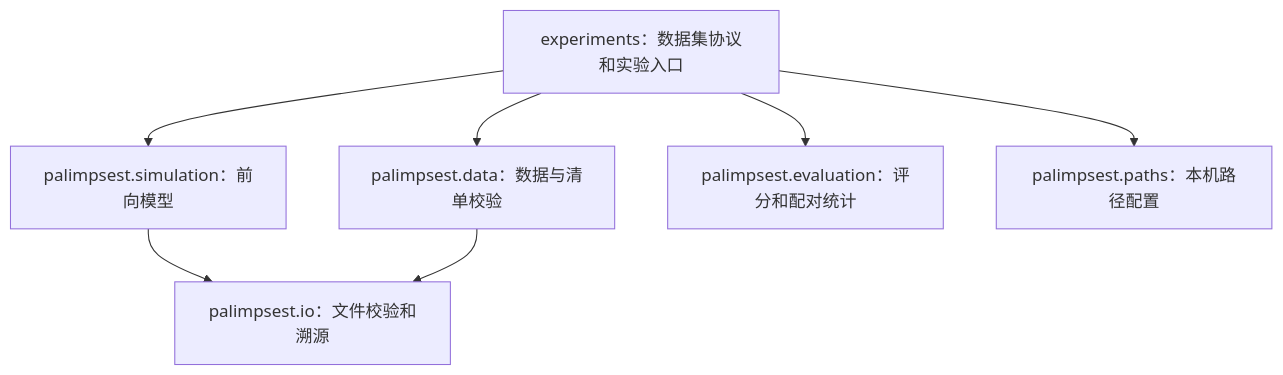
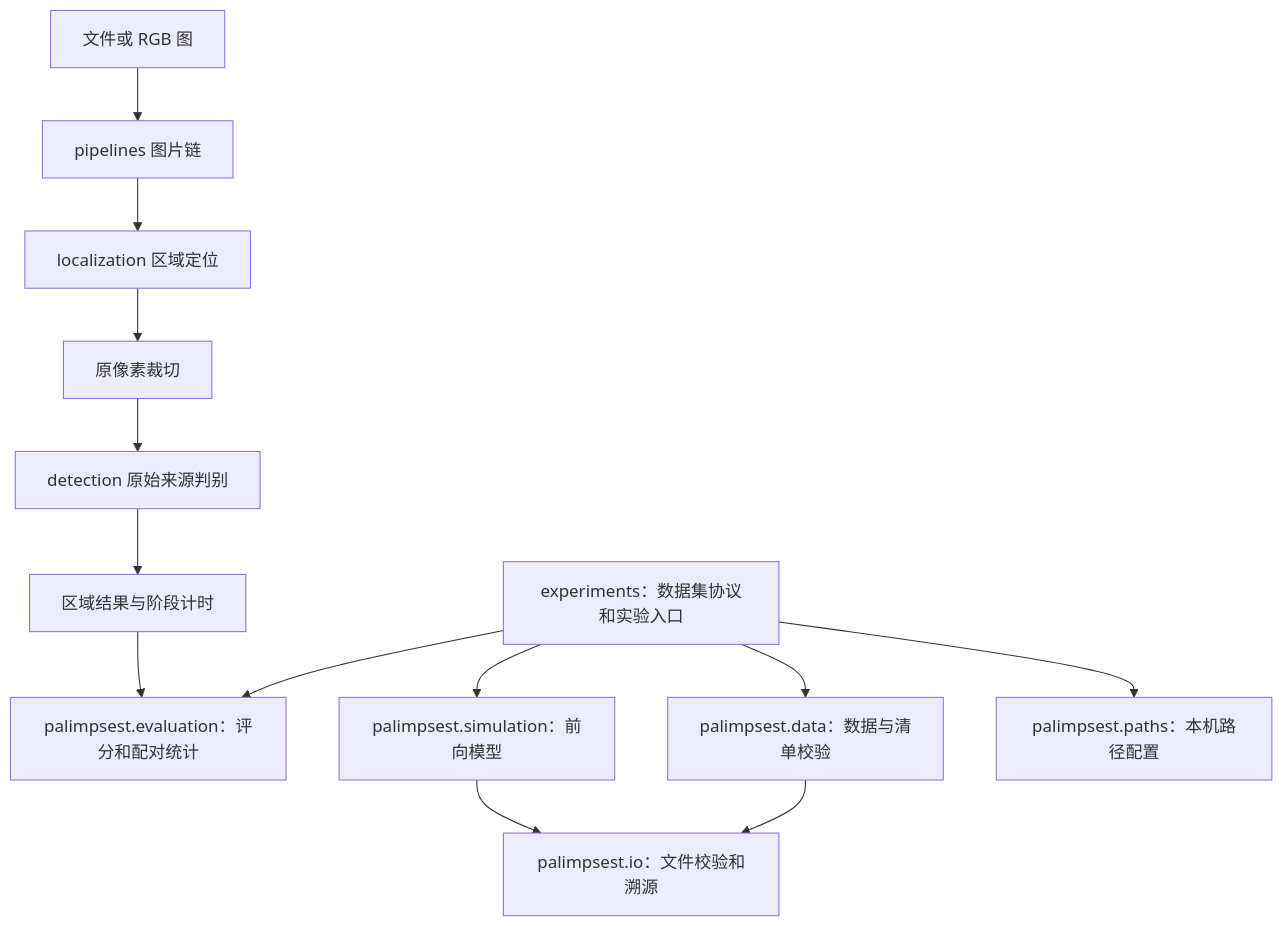
One commit to TTAWDTT/Palimpsest changed the diagram in docs/architecture.md. Above: the diagram before and after it, drawn with Mermaid. The commit also changed other lines of this file and 68 other files, not shown here.

Commit message:
feat: add localization and origin detection foundation

````diff
--- a/docs/architecture.md
+++ b/docs/architecture.md
@@ -7,9 +21,15 @@
 ```mermaid
 flowchart TD
+    Input[文件或 RGB 图] --> Chain[pipelines 图片链]
+    Chain --> Locator[localization 区域定位]
+    Locator --> Crop[原像素裁切]
+    Crop --> Detector[detection 原始来源判别]
+    Detector --> Results[区域结果与阶段计时]
+    Results --> M
     E[experiments：数据集协议和实验入口] --> S[palimpsest.simulation：前向模型]
     E --> D[palimpsest.data：数据与清单校验]
     E --> M[palimpsest.evaluation：评分和配对统计]
     E --> P[palimpsest.paths：本机路径配置]
     S --> I[palimpsest.io：文件校验和溯源]
     D --> I
 ```
````
